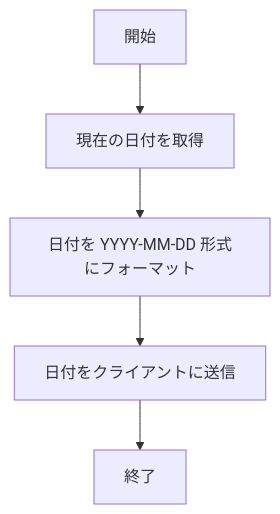
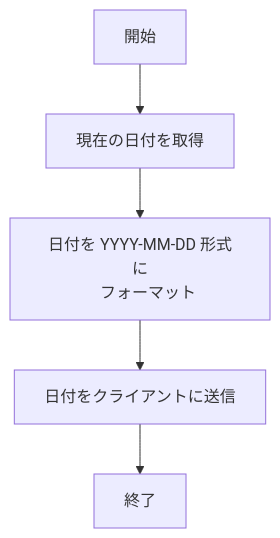
The third of 4 diagrams in README.md (ryotaozoe/webpro_06), drawn with Mermaid before and after one commit. The commit also changed other lines of this file, not shown here.

````diff
--- a/README.md
+++ b/README.md
@@ -123,10 +86,11 @@
 ```mermaid
 flowchart TD;
 
     start3["開始"];
     get_today["現在の日付を取得"];
-    format_date["日付を YYYY-MM-DD 形式にフォーマット"];
+    format_date["日付を YYYY-MM-DD 形式に
+    フォーマット"];
     send_response["日付をクライアントに送信"];
     end3["終了"];
     start3 --> get_today --> format_date --> send_response --> end3;
 ```
````
